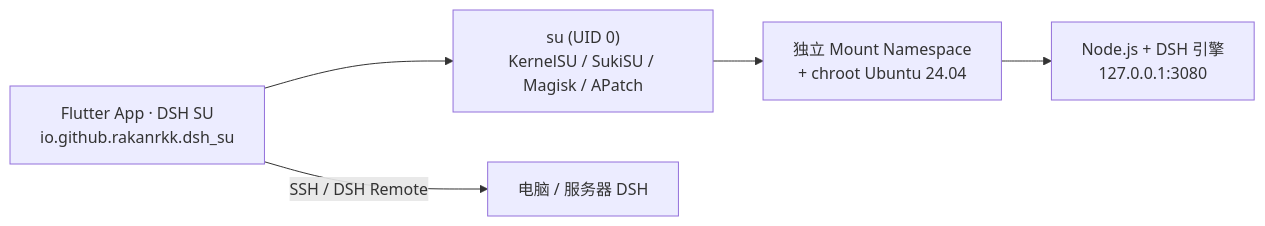
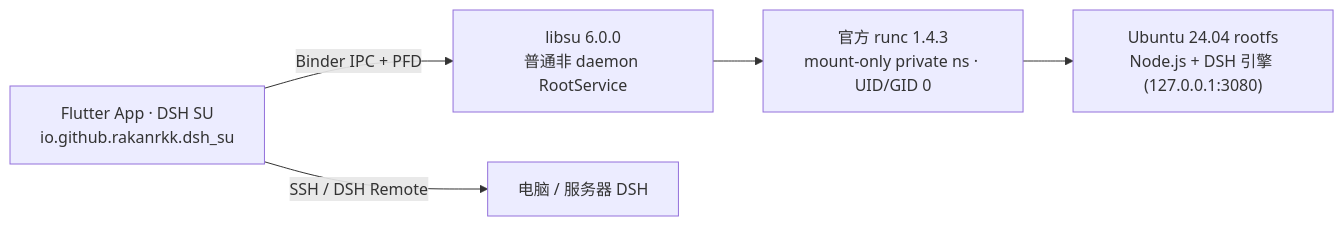
One commit to Rakanrkk/dsh-Su changed the diagram in README.md. Above: the diagram before and after it, drawn with Mermaid. The commit also changed other lines of this file and 3 other files, not shown here.

````diff
--- a/README.md
+++ b/README.md
@@ -29,7 +29,7 @@
 ```mermaid
 flowchart LR
-  UI["Flutter App · DSH SU<br/>io.github.rakanrkk.dsh_su"] --> Su["su (UID 0)<br/>KernelSU / SukiSU / Magisk / APatch"]
-  Su --> NS["独立 Mount Namespace<br/>+ chroot Ubuntu 24.04"]
-  NS --> Engine["Node.js + DSH 引擎<br/>127.0.0.1:3080"]
+  UI["Flutter App · DSH SU<br/>io.github.rakanrkk.dsh_su"] -->|Binder IPC + PFD| Libsu["libsu 6.0.0<br/>普通非 daemon RootService"]
+  Libsu --> Runc["官方 runc 1.4.3<br/>mount-only private ns · UID/GID 0"]
+  Runc --> Engine["Ubuntu 24.04 rootfs<br/>Node.js + DSH 引擎 (127.0.0.1:3080)"]
   UI -->|SSH / DSH Remote| Remote["电脑 / 服务器 DSH"]
 ```
````
